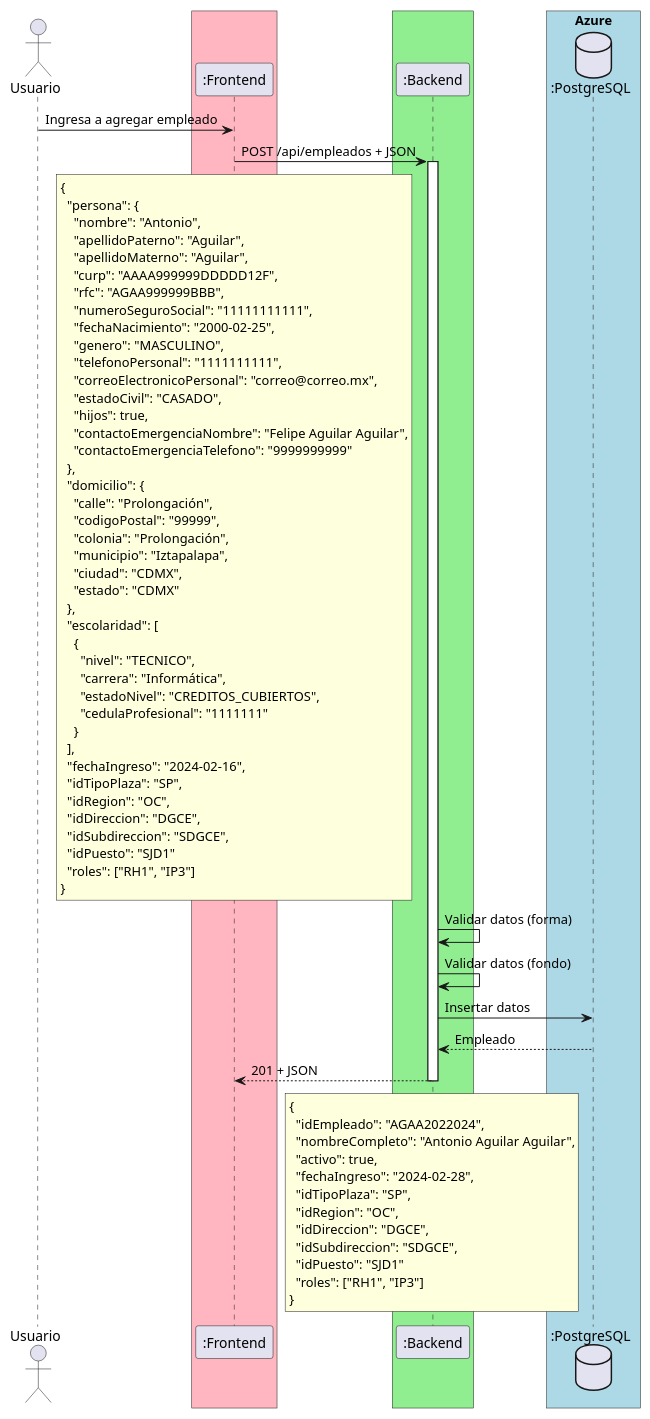
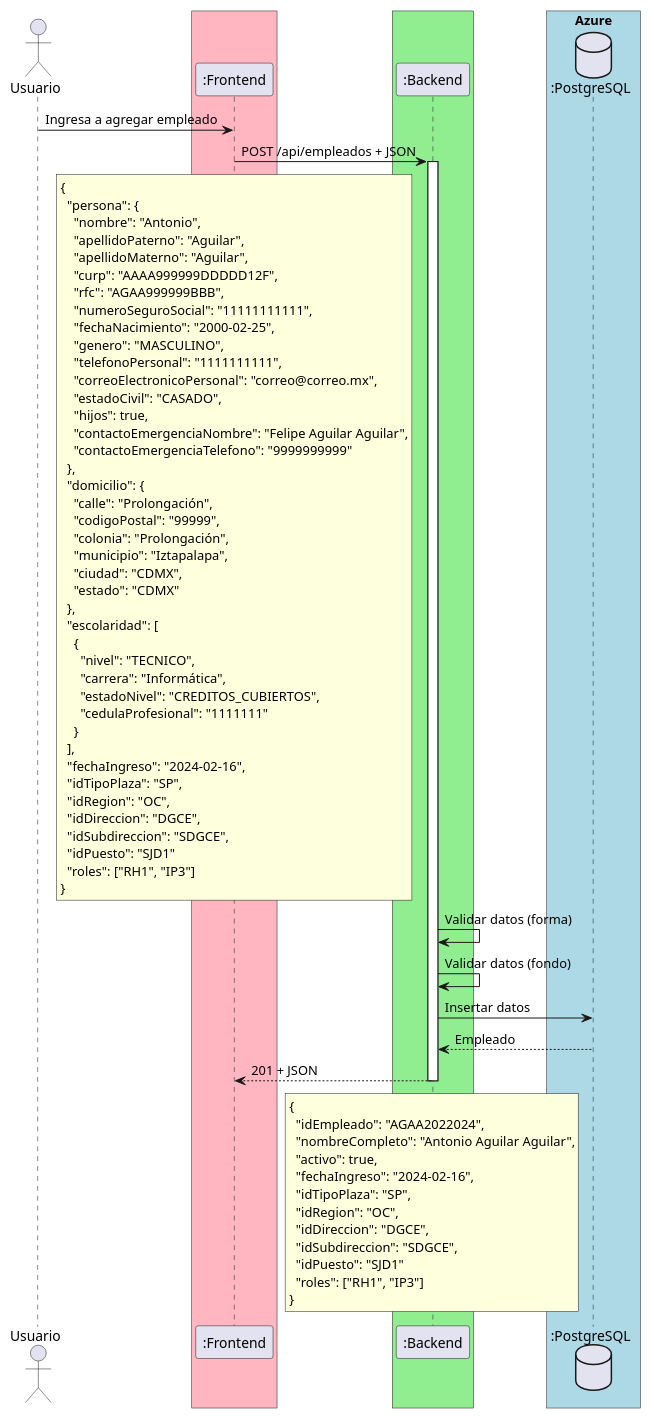
The diagram in docs/diagramasSecuencia/HU-01.puml (migueGO98/ProyectoSID), drawn with PlantUML before and after one commit. The commit also changed 12 other files, not shown here.

```diff
--- a/docs/diagramasSecuencia/HU-01.puml
+++ b/docs/diagramasSecuencia/HU-01.puml
@@ -1,82 +1,82 @@
 @startuml
 'https://plantuml.com/sequence-diagram
 
 actor Usuario as user
 box #LightPink
     participant ":Frontend" as front
 end box
 box #LightGreen
     participant ":Backend" as backend
 end box
 box "Azure" #LightBlue
     database ":PostgreSQL" as db
 end box
 
 user -> front: Ingresa a agregar empleado
 front -> backend++: POST /api/empleados + JSON
 rnote over front
 {
   "persona": {
     "nombre": "Antonio",
     "apellidoPaterno": "Aguilar",
     "apellidoMaterno": "Aguilar",
     "curp": "AAAA999999DDDDD12F",
     "rfc": "AGAA999999BBB",
     "numeroSeguroSocial": "11111111111",
     "fechaNacimiento": "2000-02-25",
     "genero": "MASCULINO",
     "telefonoPersonal": "1111111111",
     "correoElectronicoPersonal": "correo@correo.mx",
     "estadoCivil": "CASADO",
     "hijos": true,
     "contactoEmergenciaNombre": "Felipe Aguilar Aguilar",
     "contactoEmergenciaTelefono": "9999999999"
   },
   "domicilio": {
     "calle": "Prolongación",
     "codigoPostal": "99999",
     "colonia": "Prolongación",
     "municipio": "Iztapalapa",
     "ciudad": "CDMX",
     "estado": "CDMX"
   },
   "escolaridad": [
     {
       "nivel": "TECNICO",
       "carrera": "Informática",
       "estadoNivel": "CREDITOS_CUBIERTOS",
       "cedulaProfesional": "1111111"
     }
   ],
   "fechaIngreso": "2024-02-16",
   "idTipoPlaza": "SP",
   "idRegion": "OC",
   "idDireccion": "DGCE",
   "idSubdireccion": "SDGCE",
   "idPuesto": "SJD1"
   "roles": ["RH1", "IP3"]
 }
 end note
 
   backend -> backend: Validar datos (forma)
   backend -> backend: Validar datos (fondo)
   backend -> db: Insertar datos
   backend <-- db: Empleado
 front <-- backend--: 201 + JSON
 
 rnote over backend
 {
   "idEmpleado": "AGAA2022024",
   "nombreCompleto": "Antonio Aguilar Aguilar",
   "activo": true,
-  "fechaIngreso": "2024-02-28",
+  "fechaIngreso": "2024-02-16",
   "idTipoPlaza": "SP",
   "idRegion": "OC",
   "idDireccion": "DGCE",
   "idSubdireccion": "SDGCE",
   "idPuesto": "SJD1"
   "roles": ["RH1", "IP3"]
 }
 end note
 
 @enduml
```
